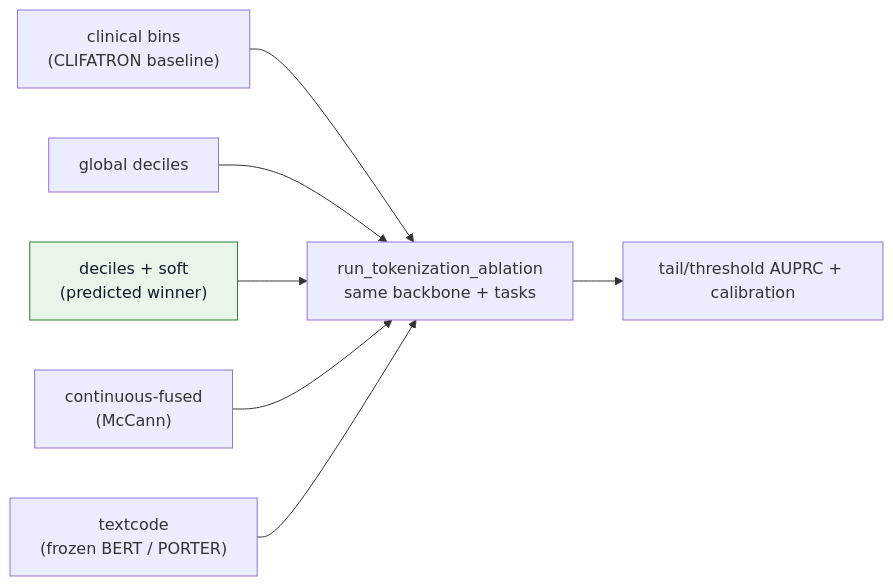
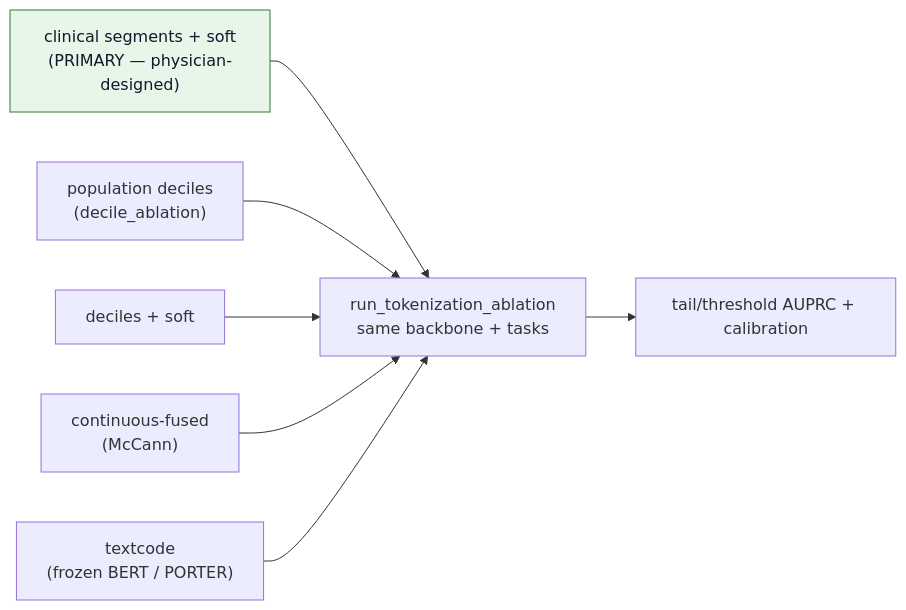
Before and after one commit to sajor2000/clifatron2.0: the third of 4 diagrams in website/docs/ablations.md, drawn with Mermaid. The commit also changed other lines of this file and 8 other files, not shown here.

````diff
--- a/website/docs/ablations.md
+++ b/website/docs/ablations.md
@@ -84,12 +85,12 @@
 ```mermaid
 flowchart LR
-    B["clinical bins<br/>(CLIFATRON baseline)"] --> R
-    D["global deciles"] --> R
-    S["deciles + soft<br/>(predicted winner)"] --> R
+    B["clinical segments + soft<br/>(PRIMARY — physician-designed)"] --> R
+    D["population deciles<br/>(decile_ablation)"] --> R
+    S["deciles + soft"] --> R
     C["continuous-fused<br/>(McCann)"] --> R
     T["textcode<br/>(frozen BERT / PORTER)"] --> R
     R["run_tokenization_ablation<br/>same backbone + tasks"] --> OUT["tail/threshold AUPRC + calibration"]
 
     classDef win fill:#e8f5e9,stroke:#2e7d32,color:#0d1b2a;
-    class S win;
+    class B win;
 ```
````
